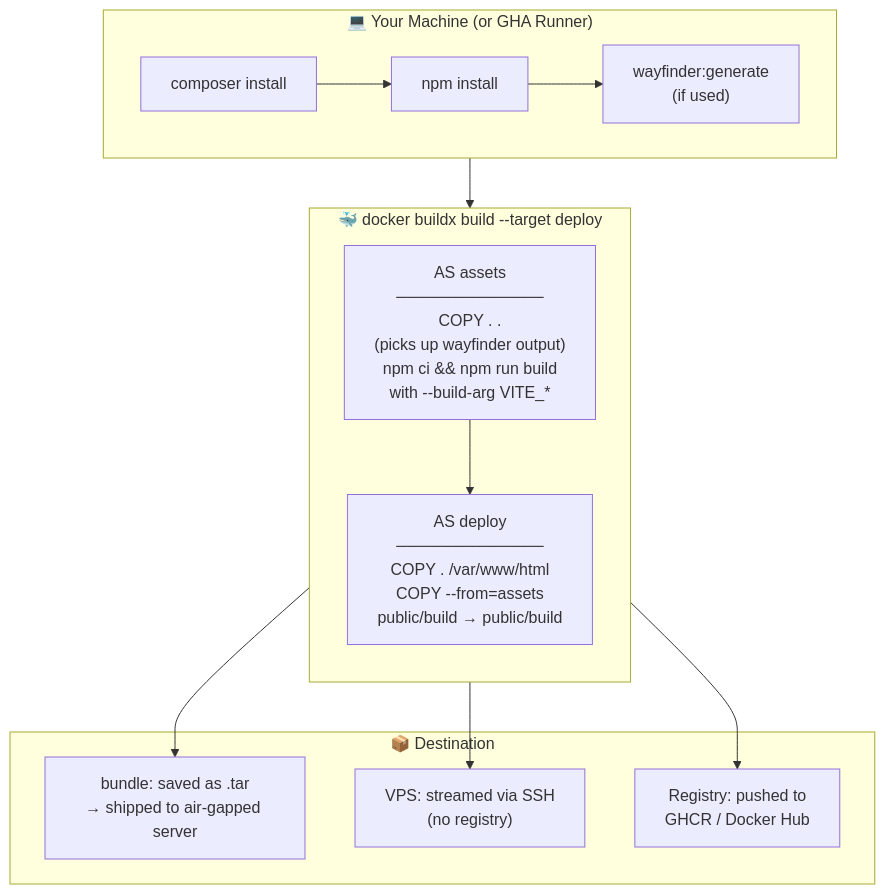
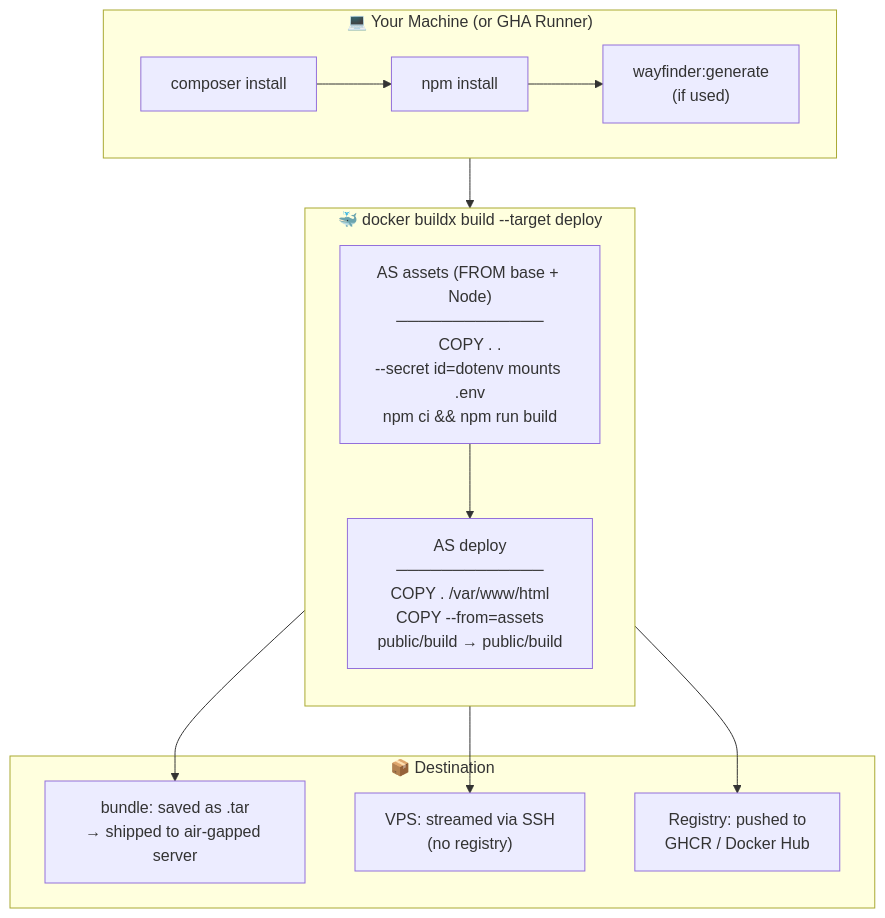
One commit to luchavez-technologies/larakube-docs changed the diagram in docs/deployment/how-builds-work.md. Above: the diagram before and after it, drawn with Mermaid. The commit also changed other lines of this file and 1 other file, not shown here.

First line of the commit message:
docs: update build and airgap docs to reflect BuildKit secret approach

````diff
--- a/docs/deployment/how-builds-work.md
+++ b/docs/deployment/how-builds-work.md
@@ -34,27 +34,27 @@
 ```mermaid
 flowchart TD
     subgraph Host ["💻 Your Machine (or GHA Runner)"]
         CI["composer install"]
         NI["npm install"]
         WF["wayfinder:generate\n(if used)"]
         CI --> NI --> WF
     end
 
     subgraph Docker ["🐳 docker buildx build --target deploy"]
         direction TB
-        AS["AS assets\n─────────────\nCOPY . .\n(picks up wayfinder output)\nnpm ci && npm run build\nwith --build-arg VITE_*"]
+        AS["AS assets (FROM base + Node)\n─────────────\nCOPY . .\n--secret id=dotenv mounts .env\nnpm ci && npm run build"]
         DP["AS deploy\n─────────────\nCOPY . /var/www/html\nCOPY --from=assets\n  public/build → public/build"]
         AS --> DP
     end
 
     subgraph Dest ["📦 Destination"]
         BND["bundle: saved as .tar\n→ shipped to air-gapped server"]
         VPS["VPS: streamed via SSH\n(no registry)"]
         REG["Registry: pushed to\nGHCR / Docker Hub"]
     end
 
     Host --> Docker
     Docker --> BND
     Docker --> VPS
     Docker --> REG
 ```
````
